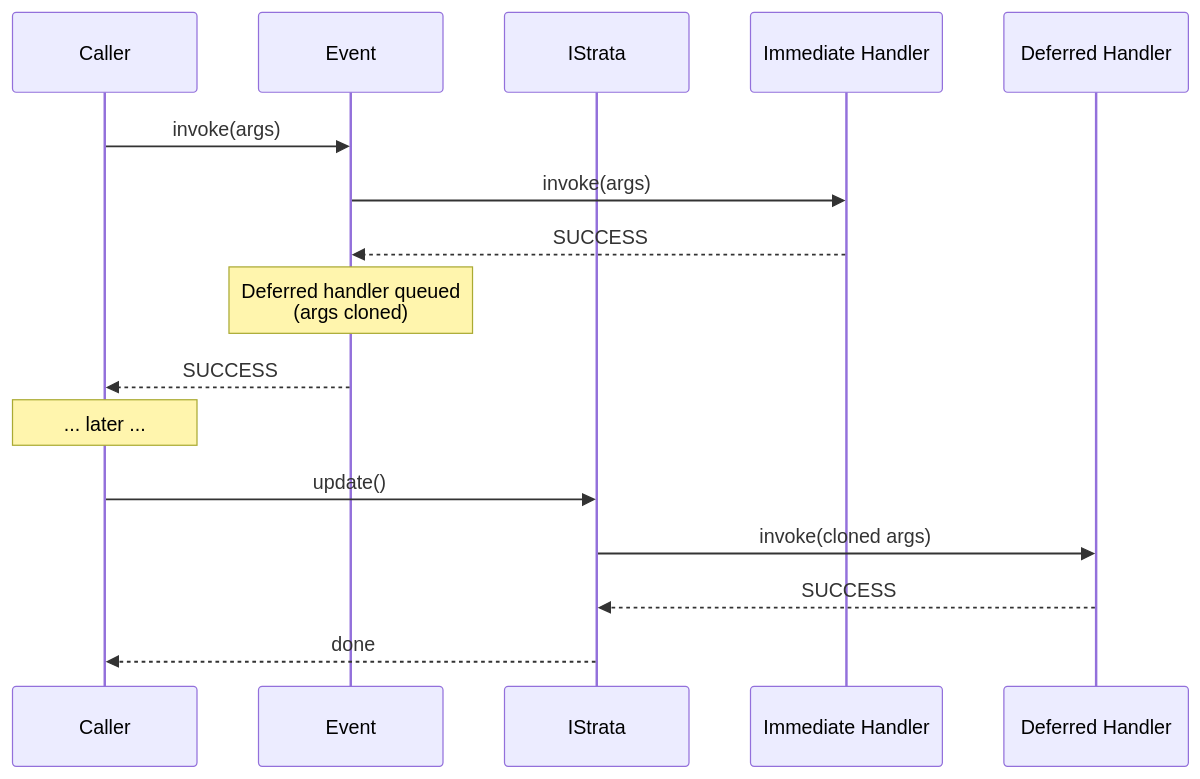
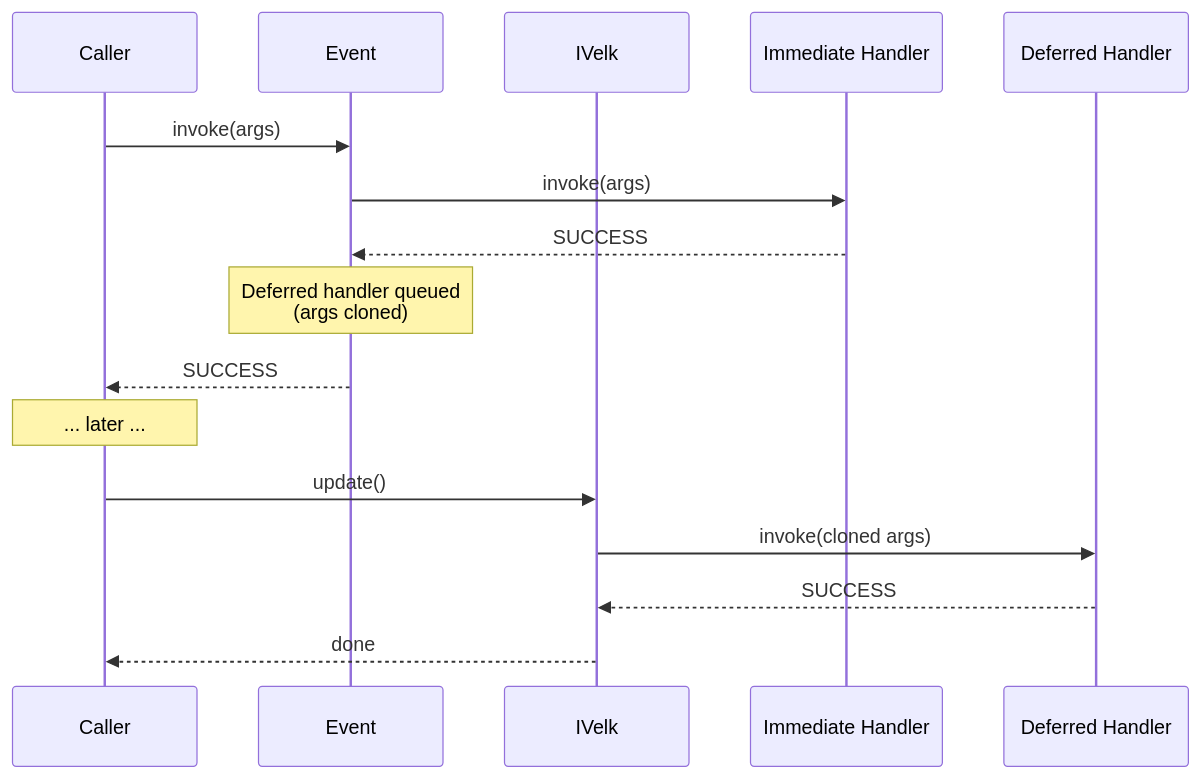
One commit to ljaaskela/strata changed the second of 3 diagrams in docs/guide.md. Above: the diagram before and after it, drawn with Mermaid. The commit also changed other lines of this file and 108 other files, not shown here.

````diff
--- a/docs/guide.md
+++ b/docs/guide.md
@@ -227,21 +227,21 @@
 ```mermaid
 sequenceDiagram
     participant Caller
     participant Event
-    participant IStrata
+    participant IVelk
     participant Immediate as Immediate Handler
     participant Deferred as Deferred Handler
 
     Caller->>Event: invoke(args)
     Event->>Immediate: invoke(args)
     Immediate-->>Event: SUCCESS
     Note over Event: Deferred handler queued<br>(args cloned)
     Event-->>Caller: SUCCESS
 
     Note over Caller: ... later ...
 
-    Caller->>IStrata: update()
-    IStrata->>Deferred: invoke(cloned args)
-    Deferred-->>IStrata: SUCCESS
-    IStrata-->>Caller: done
+    Caller->>IVelk: update()
+    IVelk->>Deferred: invoke(cloned args)
+    Deferred-->>IVelk: SUCCESS
+    IVelk-->>Caller: done
 ```
````
